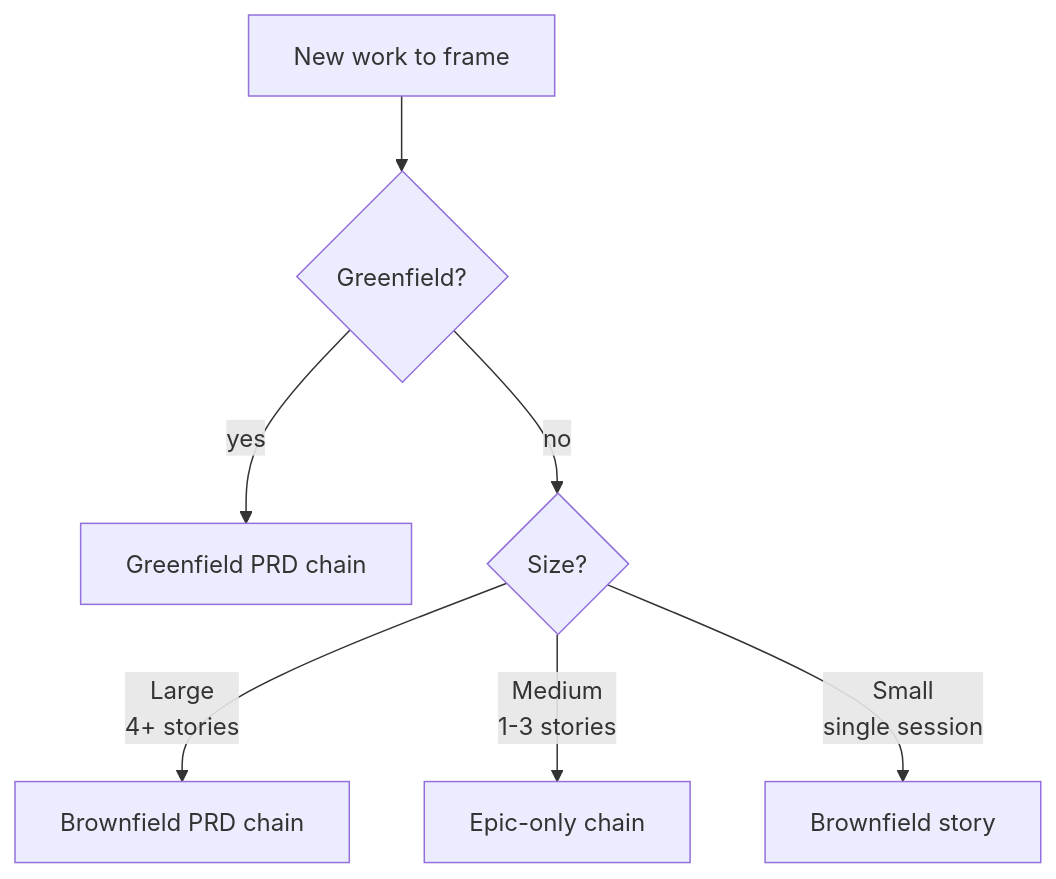
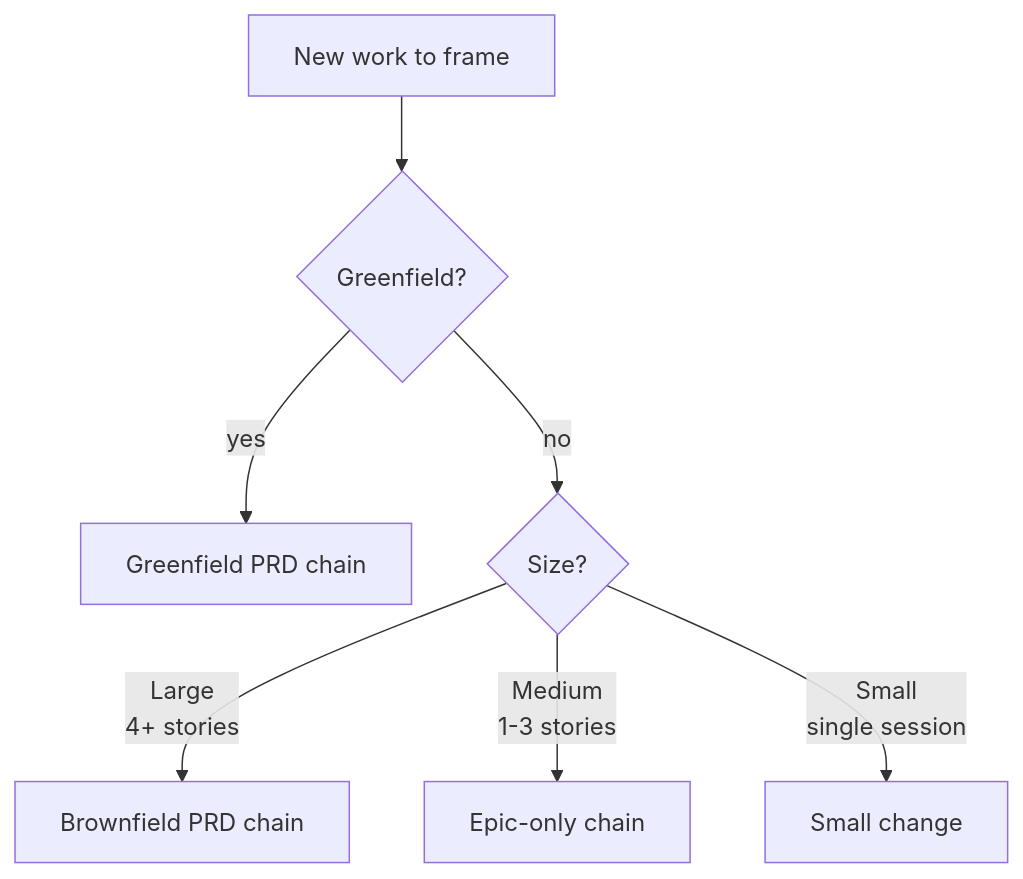
One commit to Gamaroff/agent-skills changed the diagram in docs/runbooks/pm-workflows.md. Above: the diagram before and after it, drawn with Mermaid. The commit also changed other lines of this file and 10 other files, not shown here.

````diff
--- a/docs/runbooks/pm-workflows.md
+++ b/docs/runbooks/pm-workflows.md
@@ -15,9 +15,9 @@
 ```mermaid
 flowchart TD
     A[New work to frame] --> B{Greenfield?}
     B -- yes --> G[Greenfield PRD chain]
     B -- no --> C{Size?}
     C -- Large<br/>4+ stories --> D[Brownfield PRD chain]
     C -- Medium<br/>1-3 stories --> E[Epic-only chain]
-    C -- Small<br/>single session --> F[Brownfield story]
+    C -- Small<br/>single session --> F[Small change]
 ```
````
